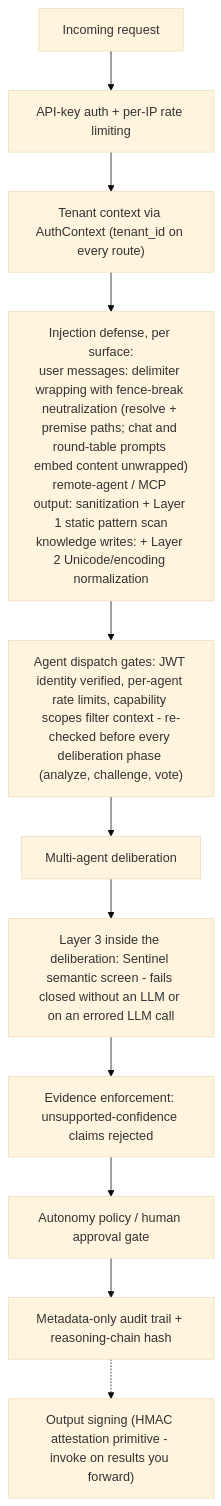
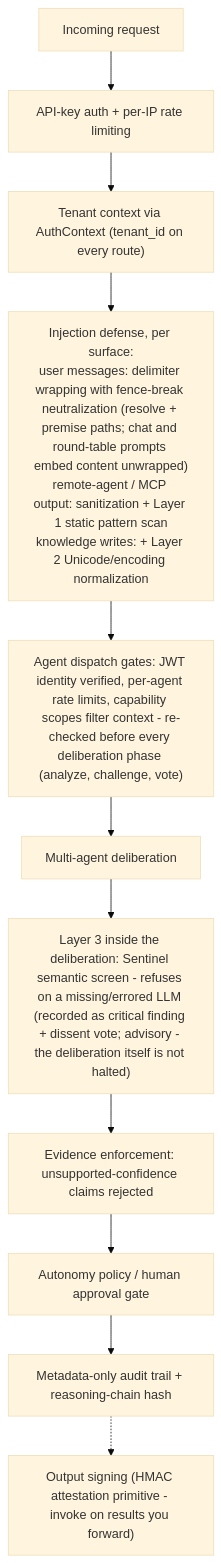
The first of 3 diagrams in docs/SECURITY_MODEL.md (KangaKode/aiscaffold), drawn with Mermaid (base theme) before and after one commit. The commit also changed other lines of this file and 3 other files, not shown here.

First line of the commit message:
docs: state Sentinel refusal as advisory; document degraded vote denominators; refresh counts

````diff
--- a/docs/SECURITY_MODEL.md
+++ b/docs/SECURITY_MODEL.md
@@ -13,13 +13,13 @@
 ```mermaid
 flowchart TD
     Req[Incoming request] --> Auth["API-key auth + per-IP rate limiting"]
     Auth --> Tenant["Tenant context via AuthContext (tenant_id on every route)"]
     Tenant --> Inj["Injection defense, per surface:<br/>user messages: delimiter wrapping with fence-break neutralization (resolve + premise paths; chat and round-table prompts embed content unwrapped)<br/>remote-agent / MCP output: sanitization + Layer 1 static pattern scan<br/>knowledge writes: + Layer 2 Unicode/encoding normalization"]
     Inj --> Dispatch["Agent dispatch gates: JWT identity verified, per-agent rate limits, capability scopes filter context - re-checked before every deliberation phase (analyze, challenge, vote)"]
     Dispatch --> Delib["Multi-agent deliberation"]
-    Delib --> L3["Layer 3 inside the deliberation: Sentinel semantic screen - fails closed without an LLM or on an errored LLM call"]
+    Delib --> L3["Layer 3 inside the deliberation: Sentinel semantic screen - refuses on a missing/errored LLM (recorded as critical finding + dissent vote; advisory - the deliberation itself is not halted)"]
     L3 --> Enforce["Evidence enforcement: unsupported-confidence claims rejected"]
     Enforce --> Gate["Autonomy policy / human approval gate"]
     Gate --> Audit["Metadata-only audit trail + reasoning-chain hash"]
     Audit -.-> Sign["Output signing (HMAC attestation primitive - invoke on results you forward)"]
 ```
````
